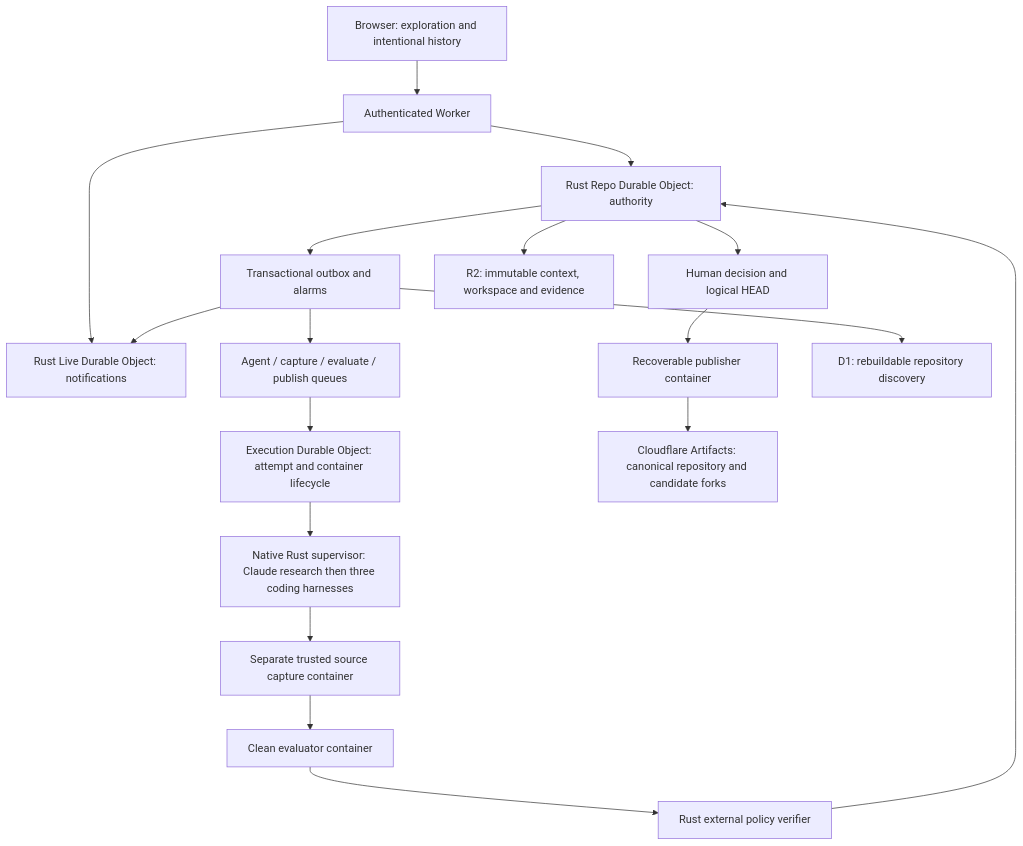
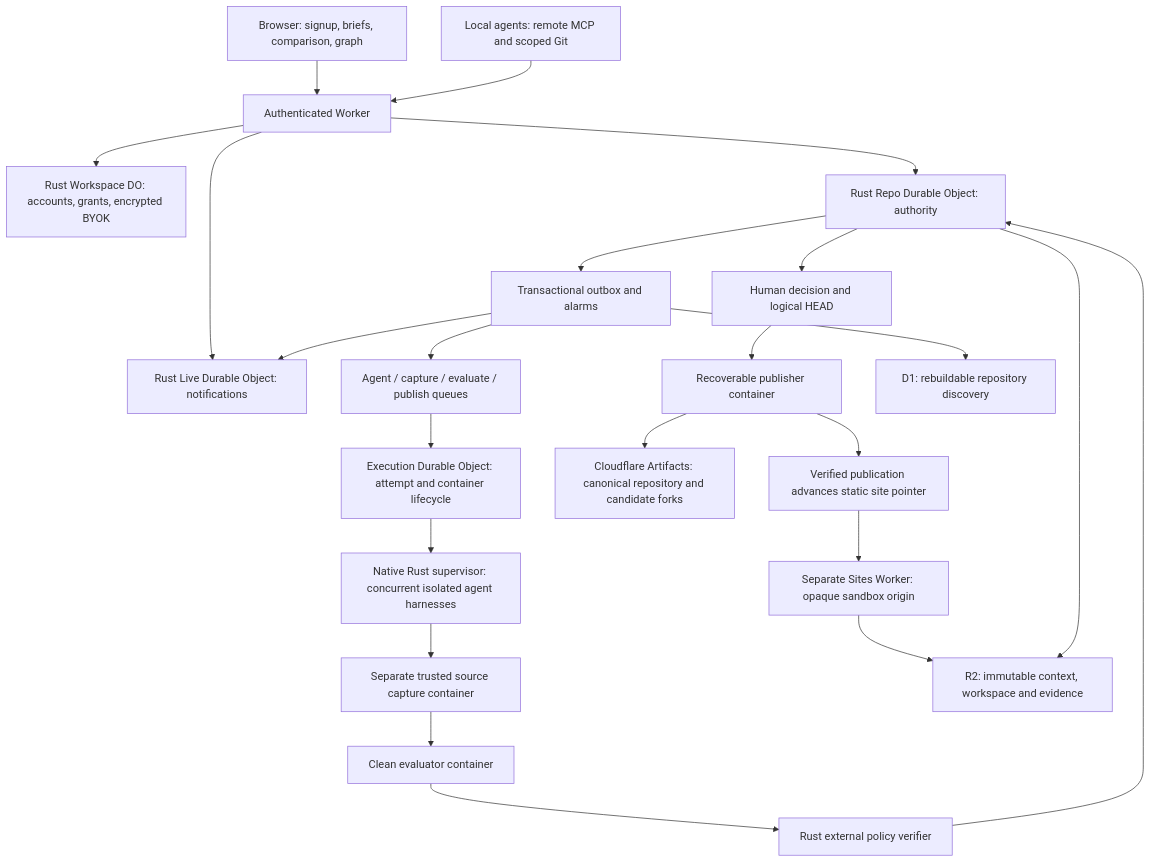
Before and after one commit to YonedaAI/yonedarepo: the diagram in docs/architecture.md, drawn with Mermaid. The commit also changed other lines of this file and 13 other files, not shown here.

````diff
--- a/docs/architecture.md
+++ b/docs/architecture.md
@@ -3,20 +3,25 @@
 ```mermaid
 flowchart TD
-  Browser[Browser: exploration and intentional history] --> Edge[Authenticated Worker]
+  Browser[Browser: signup, briefs, comparison, graph] --> Edge[Authenticated Worker]
+  External[Local agents: remote MCP and scoped Git] --> Edge
+  Edge --> Workspace[Rust Workspace DO: accounts, grants, encrypted BYOK]
   Edge --> Repo[Rust Repo Durable Object: authority]
   Edge --> Live[Rust Live Durable Object: notifications]
   Repo --> Outbox[Transactional outbox and alarms]
   Outbox --> Queues[Agent / capture / evaluate / publish queues]
   Queues --> Execution[Execution Durable Object: attempt and container lifecycle]
-  Execution --> Agents[Native Rust supervisor: Claude research then three coding harnesses]
+  Execution --> Agents[Native Rust supervisor: concurrent isolated agent harnesses]
   Agents --> Capture[Separate trusted source capture container]
   Capture --> Evaluate[Clean evaluator container]
   Evaluate --> Verifier[Rust external policy verifier]
   Verifier --> Repo
   Repo --> Decision[Human decision and logical HEAD]
   Decision --> Publish[Recoverable publisher container]
   Publish --> Artifacts[Cloudflare Artifacts: canonical repository and candidate forks]
+  Publish --> SitePointer[Verified publication advances static site pointer]
+  SitePointer --> Sites[Separate Sites Worker: opaque sandbox origin]
+  Sites --> R2
   Repo --> R2[R2: immutable context, workspace and evidence]
   Outbox --> D1[D1: rebuildable repository discovery]
   Outbox --> Live
 ```
````
